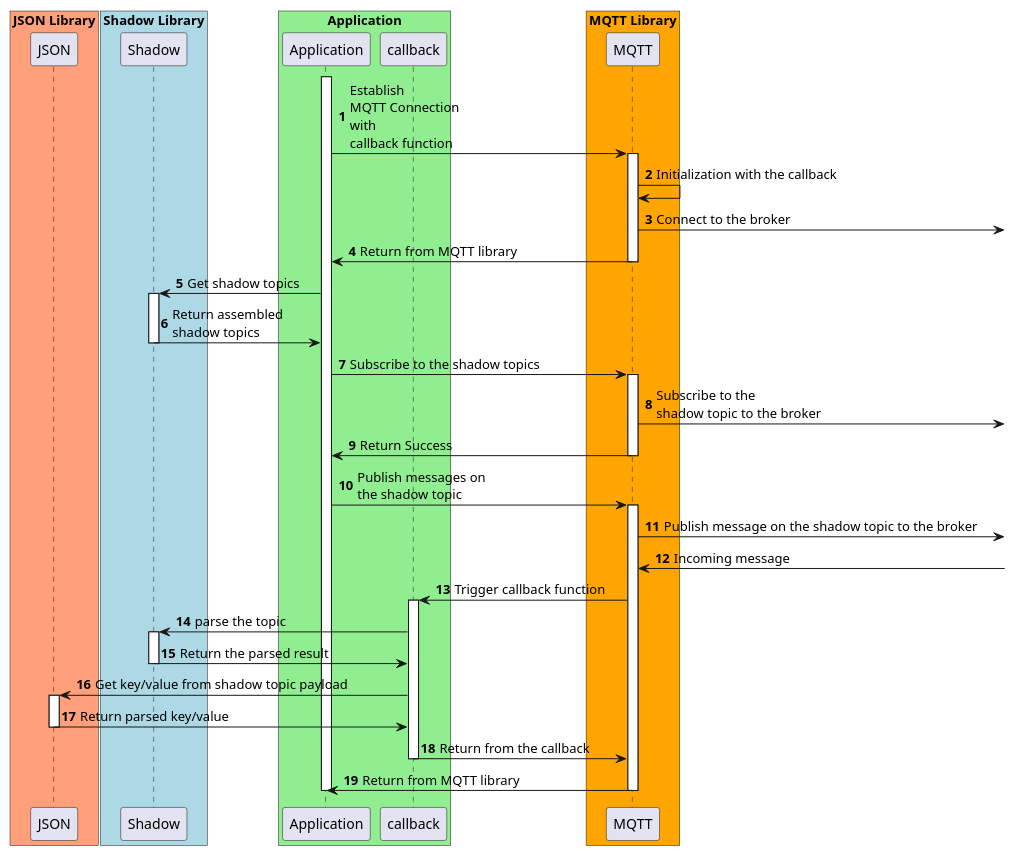
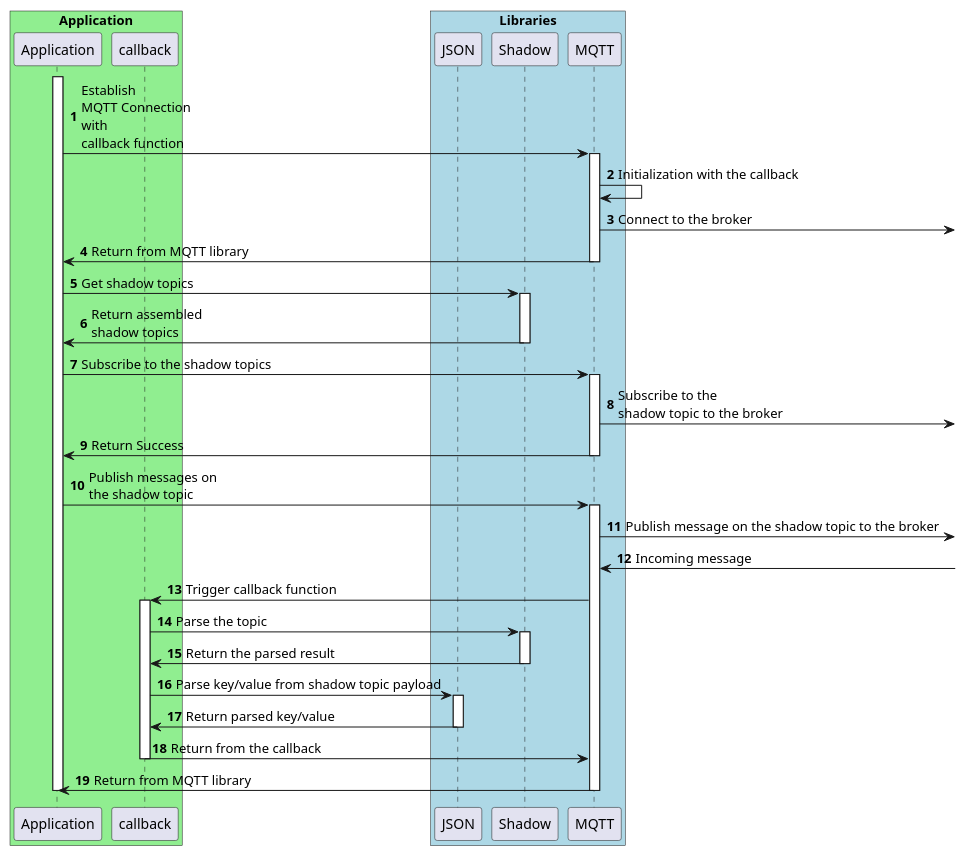
Before and after one commit to aws/Device-Shadow-for-AWS-IoT-embedded-sdk: the diagram in docs/plantuml/shadow_design_typicaloperation.pu, drawn with PlantUML. The commit also changed 1 other file, not shown here.

Commit message:
Fix grammar and UML pattern

```diff
--- a/docs/plantuml/shadow_design_typicaloperation.pu
+++ b/docs/plantuml/shadow_design_typicaloperation.pu
@@ -1,68 +1,65 @@
 @startuml
 skinparam classFontSize 8
 skinparam classFontName Helvetica
 autonumber
-
-box "JSON Library" #LightSalmon
-    participant "JSON" as json
-end box
-
-box "Shadow Library" #LightBlue
-    participant "Shadow" as shadow
-end box
 
 box "Application" #LightGreen
     participant "Application" as application
     participant "callback" as callback
 end box
 
-box "MQTT Library" #Orange
+box "Libraries" #LightBlue
+    participant "JSON" as json
+
+    participant "Shadow" as shadow
+
     participant "MQTT" as mqtt
+
 end box
 
 activate application
 application -> mqtt : Establish\nMQTT Connection\nwith\ncallback function
 
 
 activate mqtt
 mqtt -> mqtt : Initialization with the callback
 mqtt -> : Connect to the broker
 mqtt -> application : Return from MQTT library
 deactivate mqtt
 
 application -> shadow : Get shadow topics
 
 activate shadow
 shadow -> application : Return assembled\nshadow topics
 deactivate shadow
 
 application -> mqtt : Subscribe to the shadow topics
 
 activate mqtt
 mqtt -> : Subscribe to the\nshadow topic to the broker
 mqtt -> application : Return Success
 deactivate mqtt
 application -> mqtt : Publish messages on\nthe shadow topic
 
 
 activate mqtt
 mqtt -> : Publish message on the shadow topic to the broker
 mqtt <- : Incoming message
 mqtt -> callback : Trigger callback function
 activate callback
-callback -> shadow : parse the topic
+callback -> shadow : Parse the topic
 activate shadow
 shadow -> callback : Return the parsed result
 deactivate shadow
-callback -> json : Get key/value from shadow topic payload
+callback -> json : Parse key/value from shadow topic payload
 activate json
 json -> callback : Return parsed key/value
 deactivate json
 callback -> mqtt : Return from the callback
 deactivate callback
 mqtt -> application : Return from MQTT library
 deactivate mqtt
 
 deactivate application
 
 @enduml
```
